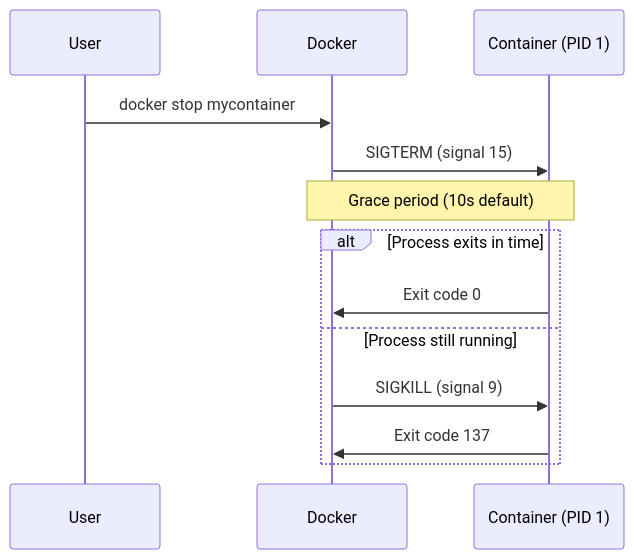
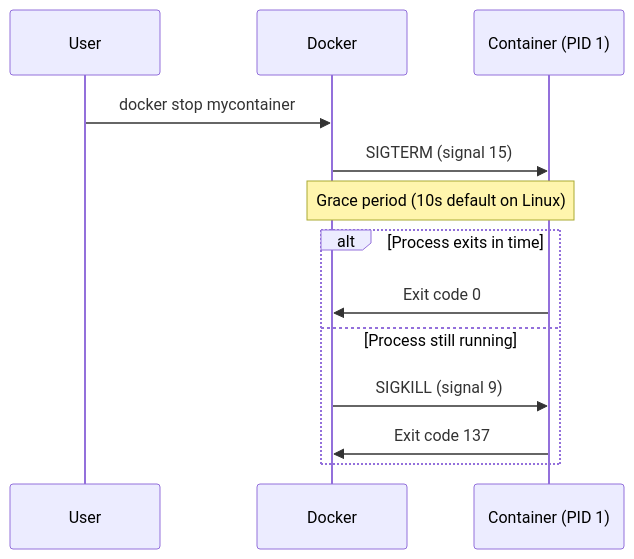
One commit to OneUptime/blog changed the diagram in posts/2026-02-08-how-to-use-the-stopsignal-instruction-in-dockerfiles/README.md. Above: the diagram before and after it, drawn with Mermaid. The commit also changed other lines of this file and 2 other files, not shown here.

````diff
--- a/posts/2026-02-08-how-to-use-the-stopsignal-instruction-in-dockerfiles/README.md
+++ b/posts/2026-02-08-how-to-use-the-stopsignal-instruction-in-dockerfiles/README.md
@@ -23,15 +23,15 @@
 ```mermaid
 sequenceDiagram
     participant User
     participant Docker
     participant Container as Container (PID 1)
     User->>Docker: docker stop mycontainer
     Docker->>Container: SIGTERM (signal 15)
-    Note over Docker,Container: Grace period (10s default)
+    Note over Docker,Container: Grace period (10s default on Linux)
     alt Process exits in time
         Container->>Docker: Exit code 0
     else Process still running
         Docker->>Container: SIGKILL (signal 9)
         Container->>Docker: Exit code 137
     end
 ```
````
